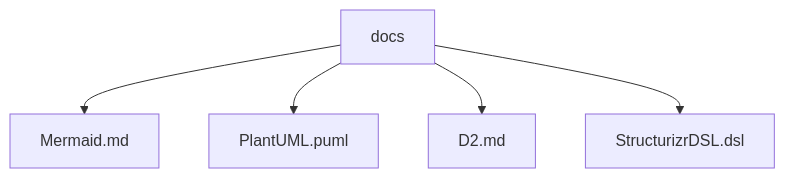
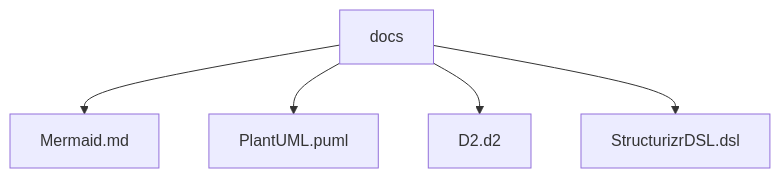
The diagram in docs/README.md (mttomaz/Spring-DAC), drawn with Mermaid before and after one commit.

Commit message:
Rename D2.md to D2.d2 in README flowchart

````diff
--- a/docs/README.md
+++ b/docs/README.md
@@ -1,7 +1,7 @@
 ```mermaid
 flowchart TD
   A[docs] --> B[Mermaid.md]
   A[docs] --> C[PlantUML.puml]
-  A[docs] --> D[D2.md]
+  A[docs] --> D[D2.d2]
   A[docs] --> E[StructurizrDSL.dsl]
 ```
````
